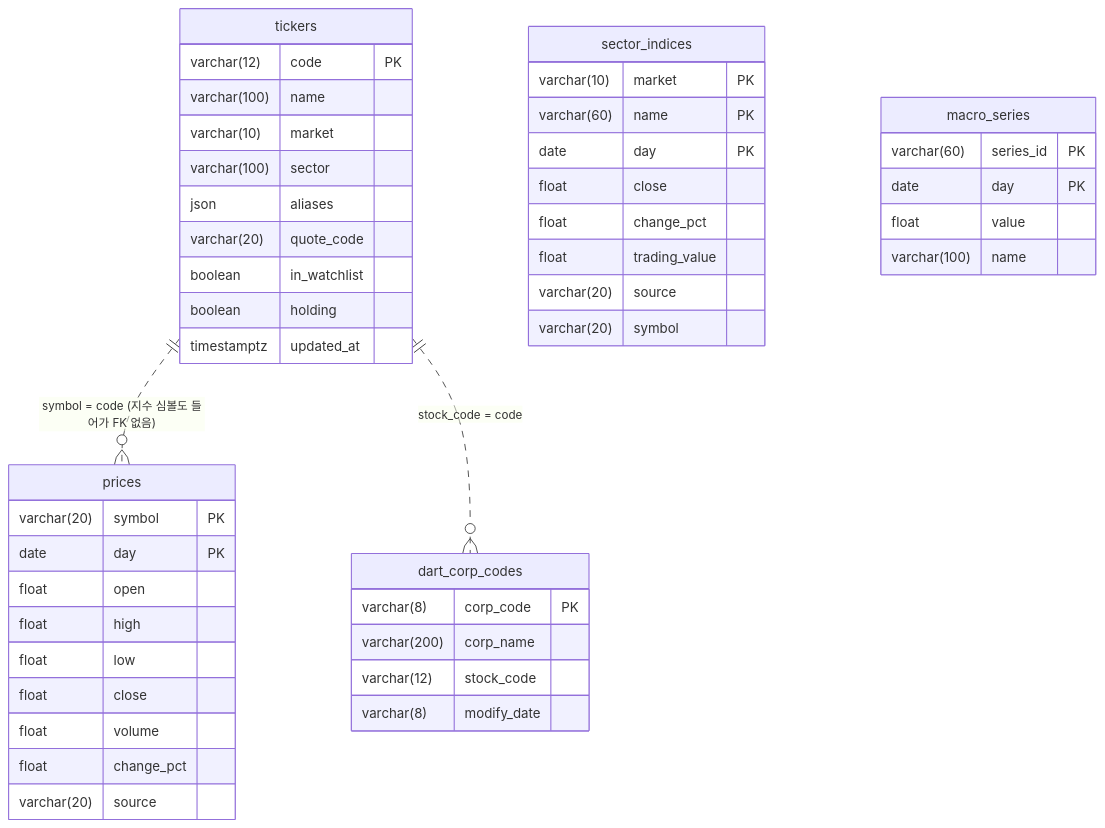
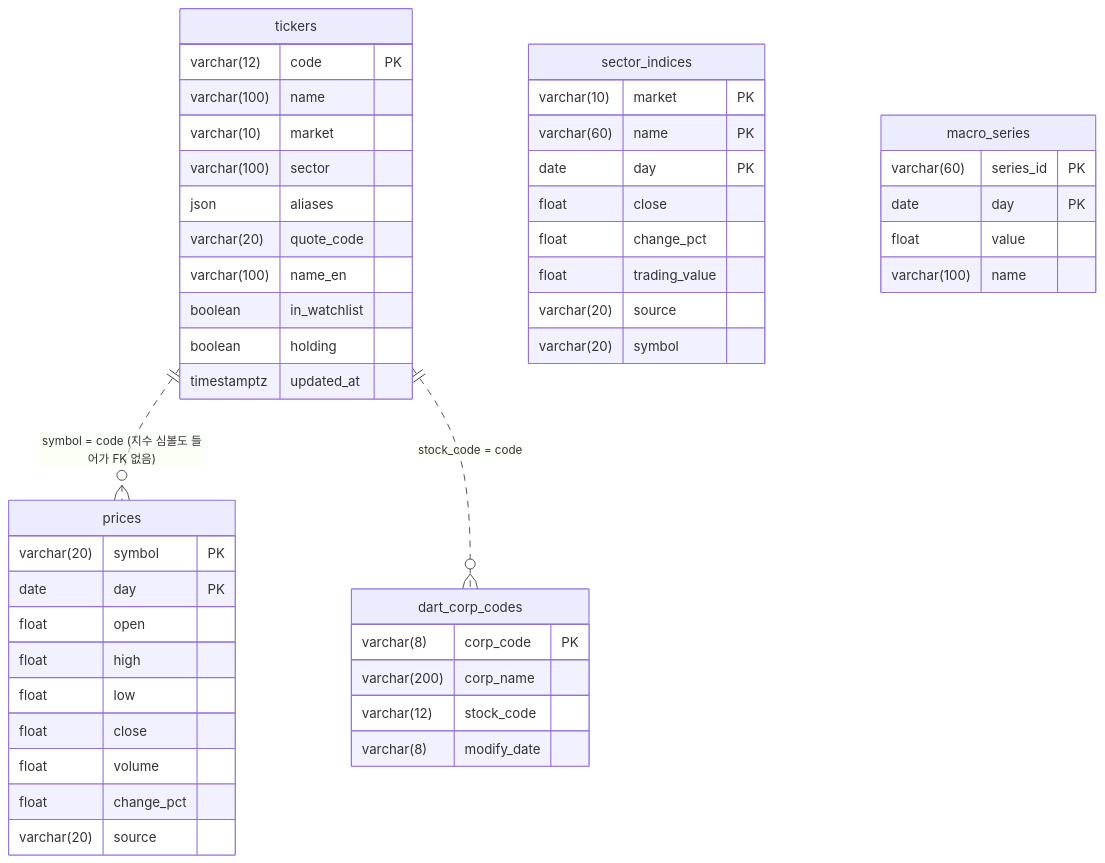
The third of 4 diagrams in docs/ERD.md (cfti1054/issue-stream), drawn with Mermaid before and after one commit. The commit also changed other lines of this file and 26 other files, not shown here.

````diff
--- a/docs/ERD.md
+++ b/docs/ERD.md
@@ -148,49 +152,50 @@
 ```mermaid
 erDiagram
     tickers {
         varchar(12) code PK
         varchar(100) name
         varchar(10) market
         varchar(100) sector
         json aliases
         varchar(20) quote_code
+        varchar(100) name_en
         boolean in_watchlist
         boolean holding
         timestamptz updated_at
     }
     prices {
         varchar(20) symbol PK
         date day PK
         float open
         float high
         float low
         float close
         float volume
         float change_pct
         varchar(20) source
     }
     dart_corp_codes {
         varchar(8) corp_code PK
         varchar(200) corp_name
         varchar(12) stock_code
         varchar(8) modify_date
     }
     sector_indices {
         varchar(10) market PK
         varchar(60) name PK
         date day PK
         float close
         float change_pct
         float trading_value
         varchar(20) source
         varchar(20) symbol
     }
     macro_series {
         varchar(60) series_id PK
         date day PK
         float value
         varchar(100) name
     }
     tickers ||..o{ prices : "symbol = code (지수 심볼도 들어가 FK 없음)"
     tickers ||..o{ dart_corp_codes : "stock_code = code"
 ```
````
